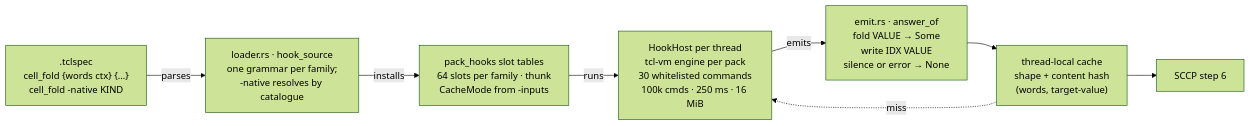
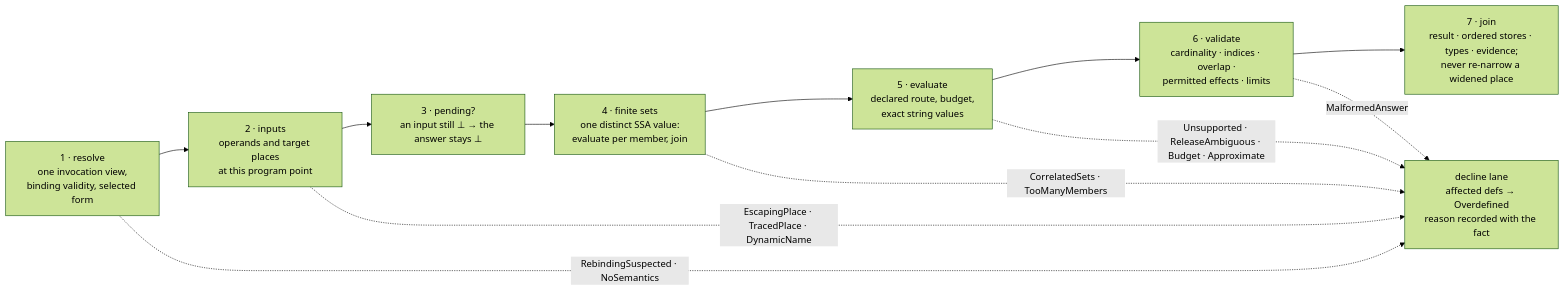
The third of 5 diagrams in docs/design/compiler/value-transfers.md (bitwisecook/tcl-lsp), drawn with Mermaid (forest theme) before and after one commit. The commit also changed other lines of this file and 7 other files, not shown here.

First line of the commit message:
docs(design): value transfers — restructure the proposal into contracts that answer the review

````diff
--- a/docs/design/compiler/value-transfers.md
+++ b/docs/design/compiler/value-transfers.md
@@ -688,11 +464,17 @@
 ```mermaid
 flowchart LR
-    T[".tclspec<br/>cell_fold {words ctx} {…}<br/>cell_fold -native KIND"]
-    T -->|parses| L["loader.rs · hook_source<br/>one grammar per family;<br/>-native resolves by catalogue"]
-    L -->|installs| P["pack_hooks slot tables<br/>64 slots per family · thunk<br/>CacheMode from -inputs"]
-    P -->|runs| H["HookHost per thread<br/>tcl-vm engine per pack<br/>30 whitelisted commands<br/>100k cmds · 250 ms · 16 MiB"]
-    H -->|emits| E["emit.rs · answer_of<br/>fold VALUE → Some<br/>write IDX VALUE<br/>silence or error → None"]
-    E --> K["thread-local cache<br/>shape + content hash<br/>(words, target-value)"]
-    K --> S["SCCP step 6"]
-    K -. miss .-> H
+    S1["1 · resolve<br/>one invocation view,<br/>binding validity, selected form"]
+    S2["2 · inputs<br/>operands and target places<br/>at this program point"]
+    S3["3 · pending?<br/>an input still ⊥ → the answer stays ⊥"]
+    S4["4 · finite sets<br/>one distinct SSA value:<br/>evaluate per member, join"]
+    S5["5 · evaluate<br/>declared route, budget,<br/>exact string values"]
+    S6["6 · validate<br/>cardinality · indices · overlap ·<br/>permitted effects · limits"]
+    S7["7 · join<br/>result · ordered stores · types · evidence;<br/>never re-narrow a widened place"]
+    S1 --> S2 --> S3 --> S4 --> S5 --> S6 --> S7
+    S1 -. RebindingSuspected · NoSemantics .-> W
+    S2 -. EscapingPlace · TracedPlace · DynamicName .-> W
+    S4 -. CorrelatedSets · TooManyMembers .-> W
+    S5 -. Unsupported · ReleaseAmbiguous · Budget · Approximate .-> W
+    S6 -. MalformedAnswer .-> W
+    W["decline lane<br/>affected defs → Overdefined<br/>reason recorded with the fact"]
 ```
````
